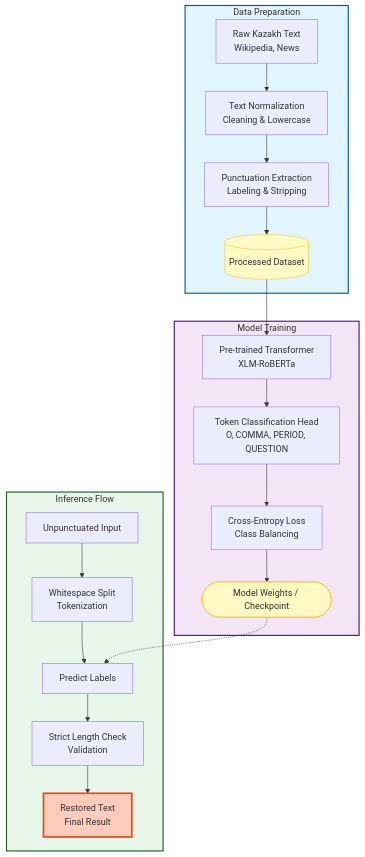
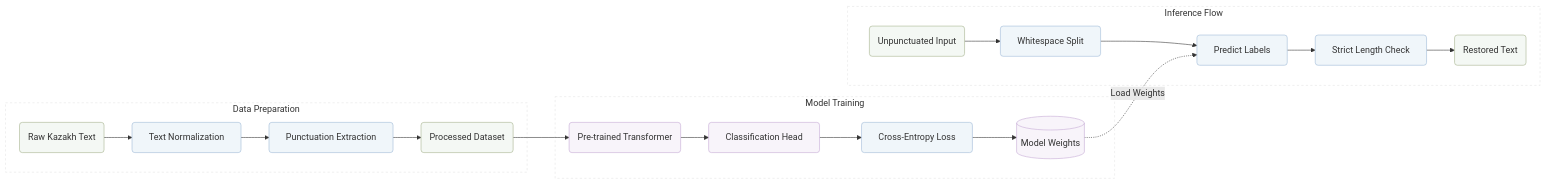
The diagram in README.md (dilyarace/Kazakh-Punctuation-Restoration), drawn with Mermaid before and after one commit. The commit also changed other lines of this file, not shown here.

Commit message:
Fix formatting and update diagram styles in README
Updated README to improve formatting and styling of diagrams.

````diff
--- a/README.md
+++ b/README.md
@@ -22,34 +22,42 @@
 ```mermaid
-graph TD
-    %% Section 1: Data Preparation
-    subgraph Section_1 [Data Preparation]
-        A[Raw Kazakh Text<br/>Wikipedia, News] --> B[Text Normalization<br/>Cleaning & Lowercase]
-        B --> C[Punctuation Extraction<br/>Labeling & Stripping]
-        C --> D[(Processed Dataset)]
+graph LR
+    %% Calm, minimalistic styling
+    classDef dataset fill:#f4f8f4,stroke:#a3b18a,stroke-width:1px,color:#333,rx:5px,ry:5px;
+    classDef process fill:#f0f6fa,stroke:#9db8d6,stroke-width:1px,color:#333,rx:5px,ry:5px;
+    classDef model fill:#f8f4fa,stroke:#c4a8d4,stroke-width:1px,color:#333,rx:5px,ry:5px;
+
+    %% Background styling for subgraphs
+    style Data_Preparation fill:none,stroke:#e5e5e5,stroke-dasharray: 4 4
+    style Model_Training fill:none,stroke:#e5e5e5,stroke-dasharray: 4 4
+    style Inference_Flow fill:none,stroke:#e5e5e5,stroke-dasharray: 4 4
+
+    %% Data Pipeline
+    subgraph Data_Preparation [Data Preparation]
+        A(Raw Kazakh Text) --> B[Text Normalization]
+        B --> C[Punctuation Extraction]
+        C --> D(Processed Dataset)
     end
+    class A,D dataset;
+    class B,C process;
 
-    %% Section 2: Model Training
-    subgraph Section_2 [Model Training]
-        D --> E[Pre-trained Transformer<br/>XLM-RoBERTa]
-        E --> F[Token Classification Head<br/>O, COMMA, PERIOD, QUESTION]
-        F --> G[Cross-Entropy Loss<br/>Class Balancing]
-        G --> H([Model Weights / Checkpoint])
+    %% Training Pipeline
+    subgraph Model_Training [Model Training]
+        D --> E(Pre-trained Transformer)
+        E --> F[Classification Head]
+        F --> G[Cross-Entropy Loss]
+        G --> H[(Model Weights)]
     end
+    class E,F,H model;
+    class G process;
 
-    %% Section 3: Inference Flow
-    subgraph Section_3 [Inference Flow]
-        I[Unpunctuated Input] --> J[Whitespace Split<br/>Tokenization]
+    %% Inference Pipeline
+    subgraph Inference_Flow [Inference Flow]
+        I(Unpunctuated Input) --> J[Whitespace Split]
         J --> K[Predict Labels]
-        H -.-> K
-        K --> L[Strict Length Check<br/>Validation]
-        L --> M[Restored Text<br/>Final Result]
+        H -.->|Load Weights| K
+        K --> L[Strict Length Check]
+        L --> M(Restored Text)
     end
-
-    %% Styling
-    style Section_1 fill:#e1f5fe,stroke:#01579b,stroke-width:2px
-    style Section_2 fill:#f3e5f5,stroke:#4a148c,stroke-width:2px
-    style Section_3 fill:#e8f5e9,stroke:#1b5e20,stroke-width:2px
-    style D fill:#fff9c4,stroke:#fbc02d
-    style H fill:#fff9c4,stroke:#fbc02d
-    style M fill:#ffccbc,stroke:#e64a19,stroke-width:3px
+    class I,M dataset;
+    class J,K,L process;
 ```
````
